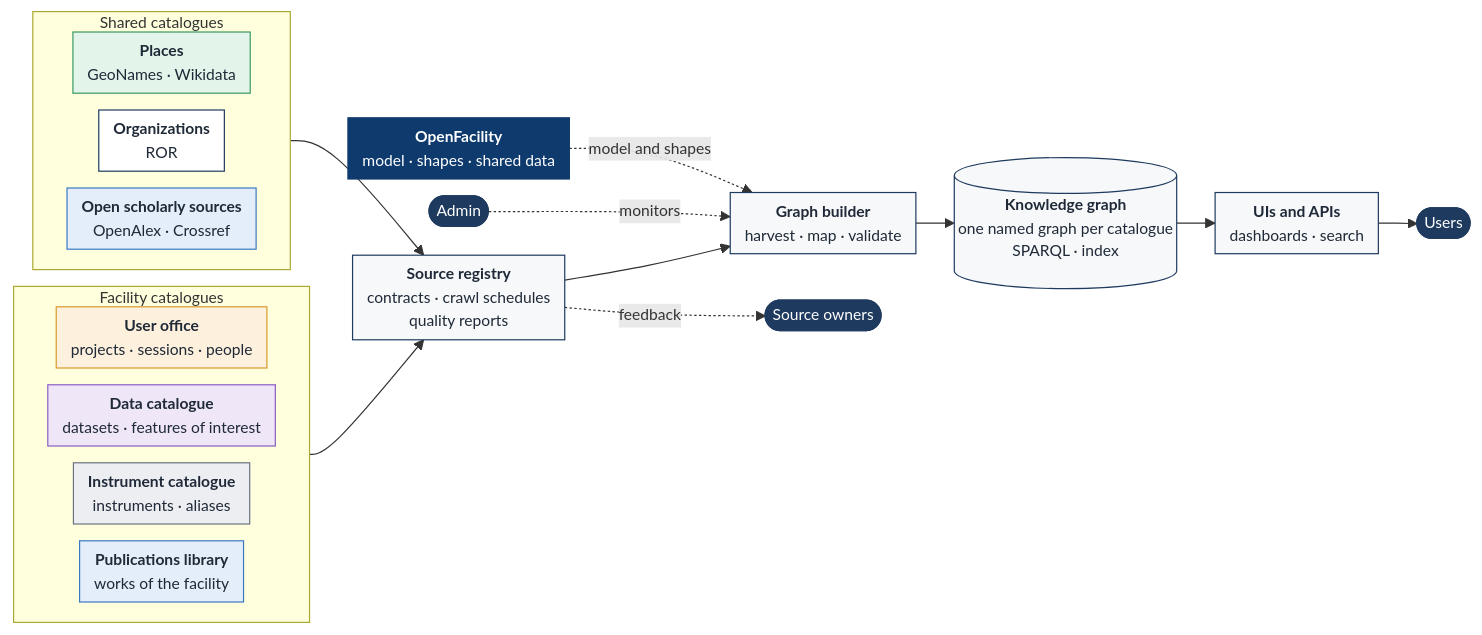
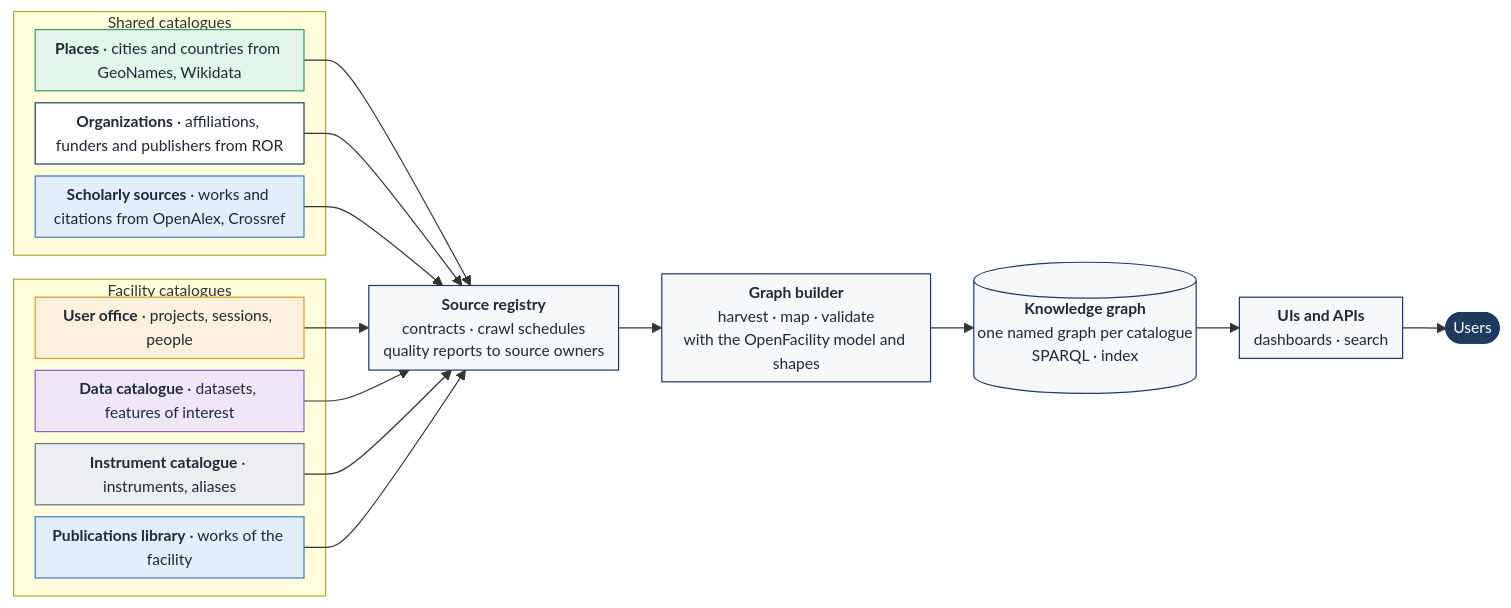
The third of 5 diagrams in profile/README.md (openfacility/.github), drawn with Mermaid before and after one commit.

Commit message:
Clean horizontal architecture graph
Sources stacked in one aligned column with one-line names, pipeline on
one straight row; source owners, admin and OpenFacility folded into the
labels of the registry and builder.

````diff
--- a/profile/README.md
+++ b/profile/README.md
@@ -75,53 +75,41 @@
 ```mermaid
-%%{init: {"themeVariables": {"fontSize": "13px"}, "flowchart": {"nodeSpacing": 14, "rankSpacing": 32, "padding": 6}}}%%
+%%{init: {"themeVariables": {"fontSize": "13px"}, "flowchart": {"nodeSpacing": 10, "rankSpacing": 36, "padding": 6}}}%%
 flowchart LR
+  subgraph shr["Shared catalogues"]
+    pl["<b>Places</b> · cities and countries from GeoNames, Wikidata"]
+    og["<b>Organizations</b> · affiliations, funders and publishers from ROR"]
+    ext["<b>Scholarly sources</b> · works and citations from OpenAlex, Crossref"]
+  end
   subgraph fac["Facility catalogues"]
-    direction LR
-    uo["<b>User#nbsp;office</b><br/>projects#nbsp;·#nbsp;sessions#nbsp;·#nbsp;people"]
-    dc["<b>Data#nbsp;catalogue</b><br/>datasets#nbsp;·#nbsp;features#nbsp;of#nbsp;interest"]
-    ic["<b>Instrument#nbsp;catalogue</b><br/>instruments#nbsp;·#nbsp;aliases"]
-    lib["<b>Publications#nbsp;library</b><br/>works#nbsp;of#nbsp;the#nbsp;facility"]
-  end
-  subgraph shr["Shared catalogues"]
-    direction LR
-    pl["<b>Places</b><br/>GeoNames#nbsp;·#nbsp;Wikidata"]
-    og["<b>Organizations</b><br/>ROR"]
-    ext["<b>Open#nbsp;scholarly#nbsp;sources</b><br/>OpenAlex#nbsp;·#nbsp;Crossref"]
+    uo["<b>User office</b> · projects, sessions, people"]
+    dc["<b>Data catalogue</b> · datasets, features of interest"]
+    ic["<b>Instrument catalogue</b> · instruments, aliases"]
+    lib["<b>Publications library</b> · works of the facility"]
   end
 
-  reg["<b>Source registry</b><br/>contracts · crawl schedules<br/>quality reports"]
-  bld["<b>Graph builder</b><br/>harvest · map · validate"]
+  reg["<b>Source registry</b><br/>contracts · crawl schedules<br/>quality reports to source owners"]
+  bld["<b>Graph builder</b><br/>harvest · map · validate<br/>with the OpenFacility model and shapes"]
   kg[("<b>Knowledge graph</b><br/>one named graph per catalogue<br/>SPARQL · index")]
   ui["<b>UIs and APIs</b><br/>dashboards · search"]
-  of["<b>OpenFacility</b><br/>model · shapes · shared data"]
-
-  owners(["Source owners"])
-  admin(["Admin"])
   users(["Users"])
 
-  fac --> reg
-  shr --> reg
+  pl & og & ext & uo & dc & ic & lib --> reg
   reg --> bld --> kg --> ui --> users
-  reg -. feedback .-> owners
-  admin -. monitors .-> bld
-  of -. model and shapes .-> bld
 
   classDef project fill:#fdf0dc,stroke:#d99a2b,color:#1f2937
   classDef dataset fill:#efe7f7,stroke:#8b5cc4,color:#1f2937
   classDef instrument fill:#eceef2,stroke:#6b7280,color:#1f2937
   classDef publication fill:#e3eefa,stroke:#3b78c4,color:#1f2937
   classDef place fill:#e3f4ea,stroke:#3a9a63,color:#1f2937
   classDef agent fill:#ffffff,stroke:#1e3a5f,color:#1f2937
   classDef comp fill:#f6f8fa,stroke:#1e3a5f,color:#1f2937
-  classDef core fill:#0f3a6e,stroke:#0f3a6e,color:#ffffff
   classDef people fill:#1e3a5f,stroke:#1e3a5f,color:#ffffff
   class uo project
   class dc dataset
   class ic instrument
   class lib,ext publication
   class pl place
   class og agent
   class reg,bld,kg,ui comp
-  class of core
-  class owners,admin,users people
+  class users people
 ```
````
